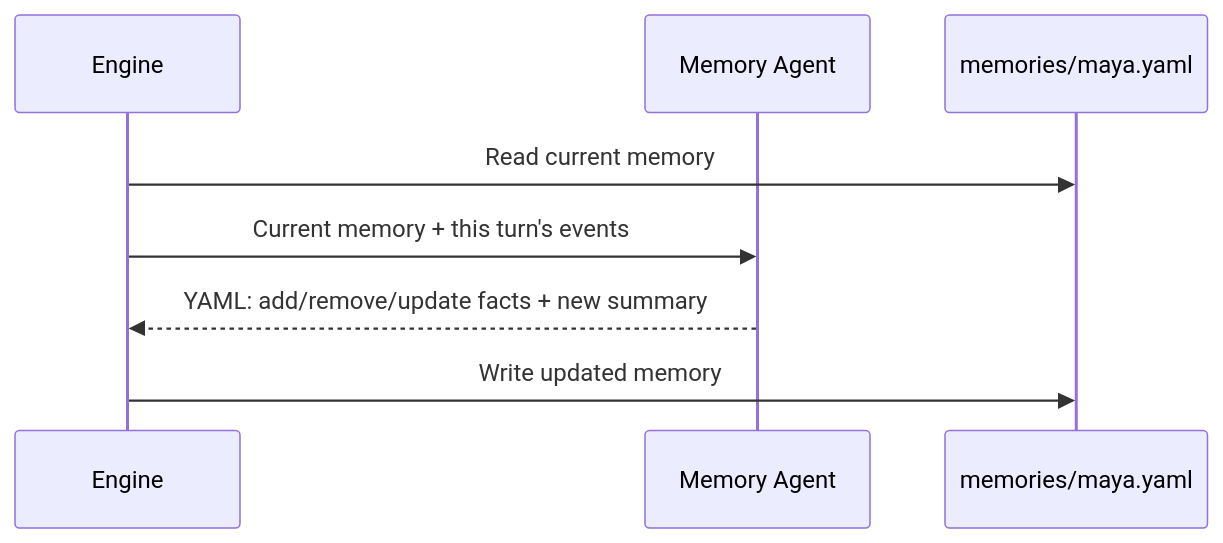
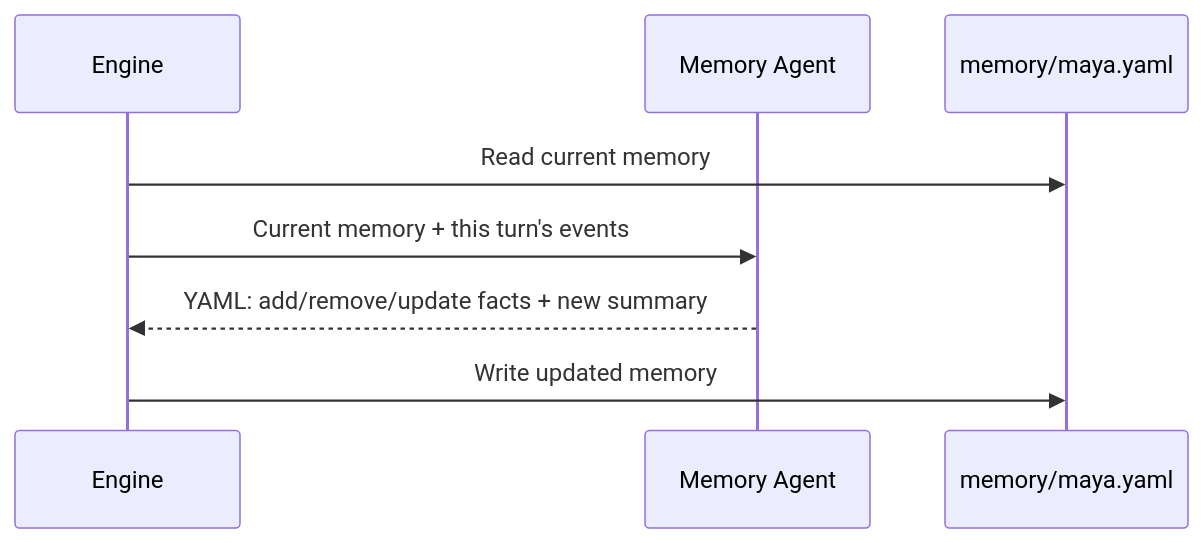
One commit to reubenjohn/theact changed the first of 2 diagrams in docs/architecture/memory.md. Above: the diagram before and after it, drawn with Mermaid. The commit also changed other lines of this file and 8 other files, not shown here.

````diff
--- a/docs/architecture/memory.md
+++ b/docs/architecture/memory.md
@@ -18,11 +18,11 @@
 ```mermaid
 sequenceDiagram
     participant E as Engine
     participant MA as Memory Agent
-    participant F as memories/maya.yaml
+    participant F as memory/maya.yaml
 
     E->>F: Read current memory
     E->>MA: Current memory + this turn's events
     MA-->>E: YAML: add/remove/update facts + new summary
     E->>F: Write updated memory
 ```
````
